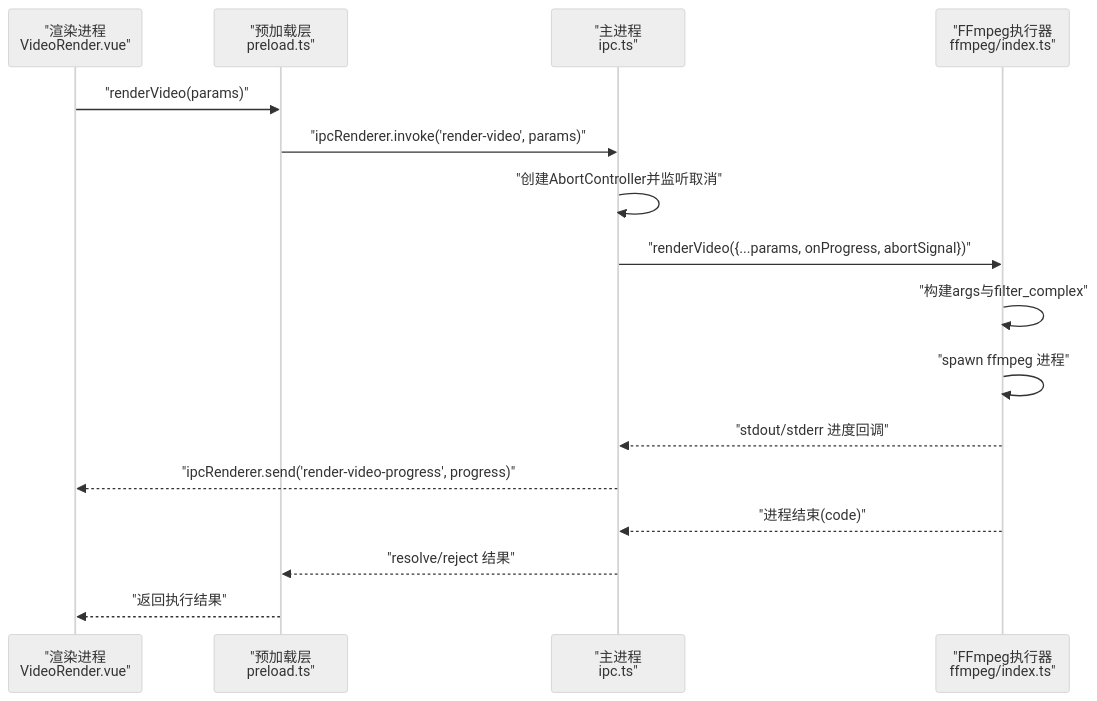
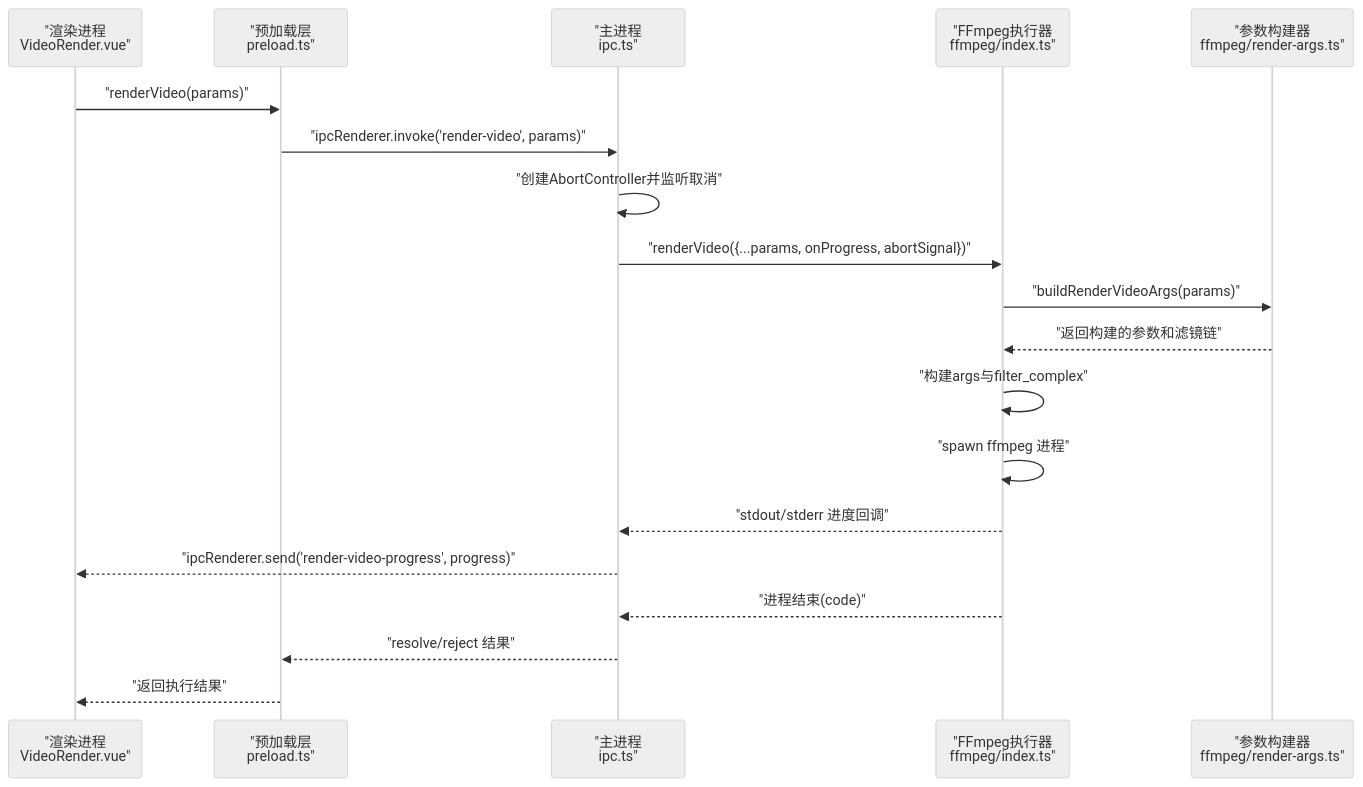
The second of 8 diagrams in .qoder/repowiki/zh/content/核心功能模块/视频渲染引擎.md (torans/crow.video), drawn with Mermaid (neutral theme) before and after one commit. The commit also changed other lines of this file and 35 other files, not shown here.

````diff
--- a/.qoder/repowiki/zh/content/核心功能模块/视频渲染引擎.md
+++ b/.qoder/repowiki/zh/content/核心功能模块/视频渲染引擎.md
@@ -104,18 +116,21 @@
 ```mermaid
 sequenceDiagram
 participant R as "渲染进程<br/>VideoRender.vue"
 participant P as "预加载层<br/>preload.ts"
 participant M as "主进程<br/>ipc.ts"
 participant F as "FFmpeg执行器<br/>ffmpeg/index.ts"
+participant A as "参数构建器<br/>ffmpeg/render-args.ts"
 R->>P : "renderVideo(params)"
 P->>M : "ipcRenderer.invoke('render-video', params)"
 M->>M : "创建AbortController并监听取消"
 M->>F : "renderVideo({...params, onProgress, abortSignal})"
+F->>A : "buildRenderVideoArgs(params)"
+A-->>F : "返回构建的参数和滤镜链"
 F->>F : "构建args与filter_complex"
 F->>F : "spawn ffmpeg 进程"
 F-->>M : "stdout/stderr 进度回调"
 M-->>R : "ipcRenderer.send('render-video-progress', progress)"
 F-->>M : "进程结束(code)"
 M-->>P : "resolve/reject 结果"
 P-->>R : "返回执行结果"
 ```
````
